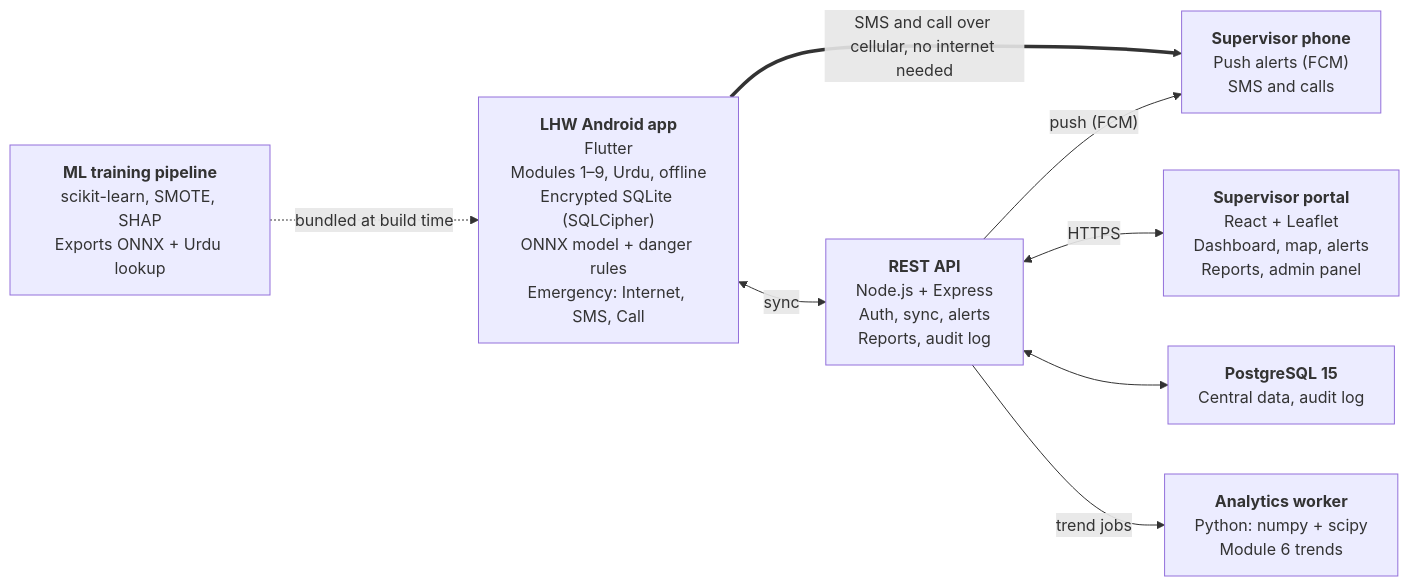
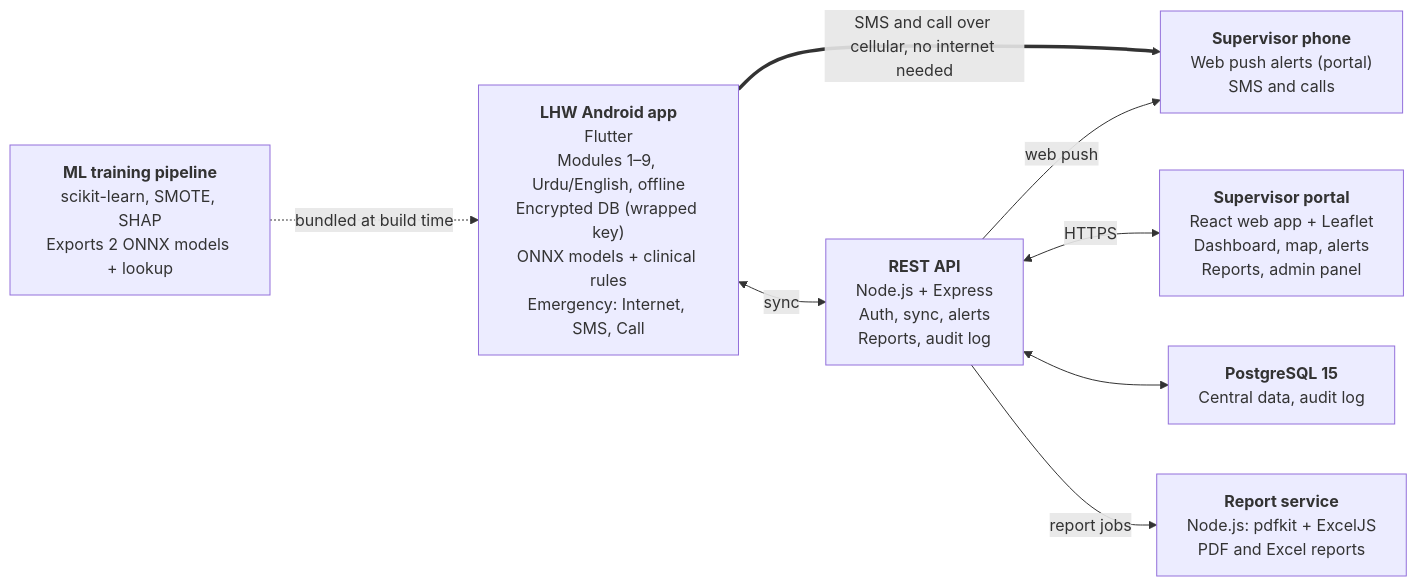
One commit to ZainAbbas-dev/MediQore changed the diagram in docs/roadmap.md. Above: the diagram before and after it, drawn with Mermaid. The commit also changed other lines of this file and 2 other files, not shown here.

First line of the commit message:
Docs: replace the scope and roadmap with the updated final versions

````diff
--- a/docs/roadmap.md
+++ b/docs/roadmap.md
@@ -37,18 +34,18 @@
 ```mermaid
 flowchart LR
-    app["<b>LHW Android app</b><br/>Flutter<br/>Modules 1–9, Urdu, offline<br/>Encrypted SQLite (SQLCipher)<br/>ONNX model + danger rules<br/>Emergency: Internet, SMS, Call"]
+    app["<b>LHW Android app</b><br/>Flutter<br/>Modules 1–9, Urdu/English, offline<br/>Encrypted DB (wrapped key)<br/>ONNX models + clinical rules<br/>Emergency: Internet, SMS, Call"]
     api["<b>REST API</b><br/>Node.js + Express<br/>Auth, sync, alerts<br/>Reports, audit log"]
-    portal["<b>Supervisor portal</b><br/>React + Leaflet<br/>Dashboard, map, alerts<br/>Reports, admin panel"]
-    phone["<b>Supervisor phone</b><br/>Push alerts (FCM)<br/>SMS and calls"]
-    ml["<b>ML training pipeline</b><br/>scikit-learn, SMOTE, SHAP<br/>Exports ONNX + Urdu lookup"]
+    portal["<b>Supervisor portal</b><br/>React web app + Leaflet<br/>Dashboard, map, alerts<br/>Reports, admin panel"]
+    phone["<b>Supervisor phone</b><br/>Web push alerts (portal)<br/>SMS and calls"]
+    ml["<b>ML training pipeline</b><br/>scikit-learn, SMOTE, SHAP<br/>Exports 2 ONNX models + lookup"]
     db["<b>PostgreSQL 15</b><br/>Central data, audit log"]
-    worker["<b>Analytics worker</b><br/>Python: numpy + scipy<br/>Module 6 trends"]
+    reports["<b>Report service</b><br/>Node.js: pdfkit + ExcelJS<br/>PDF and Excel reports"]
 
     app ==>|"SMS and call over cellular, no internet needed"| phone
     app <-->|sync| api
     api <-->|HTTPS| portal
-    api -->|"push (FCM)"| phone
+    api -->|web push| phone
     ml -.->|bundled at build time| app
     api <--> db
-    api -->|trend jobs| worker
+    api -->|report jobs| reports
 ```
````
